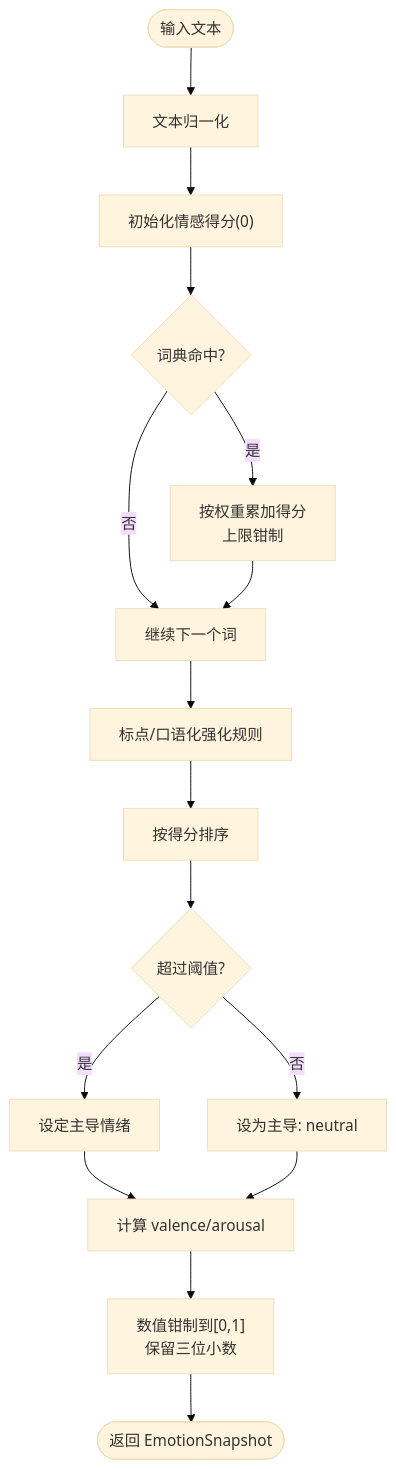
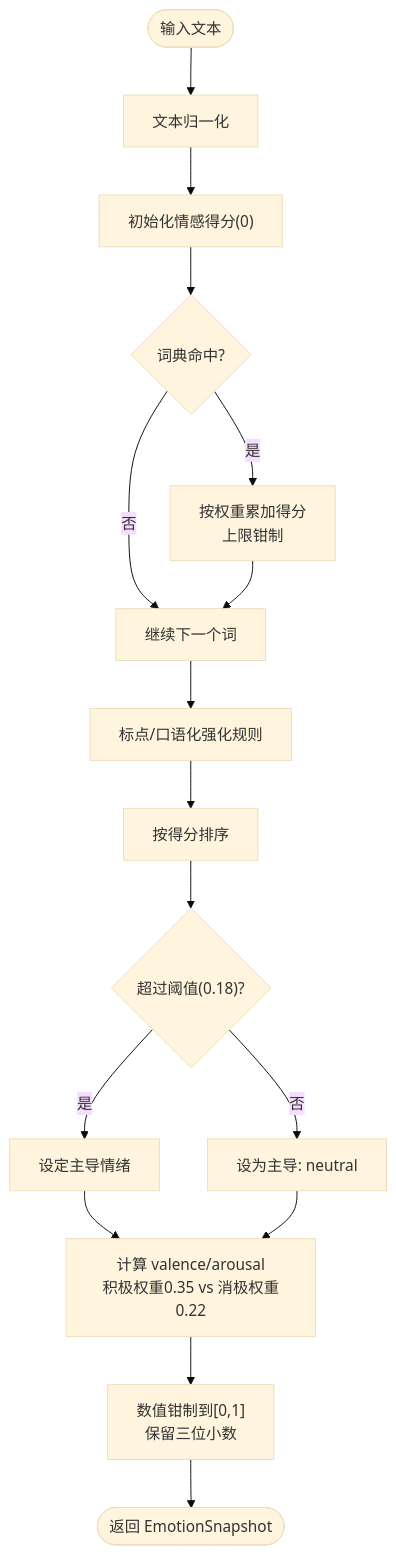
One commit to L1mingyoung/ex changed the third of 6 diagrams in .qoder/repowiki/zh/content/AI服务集成/情感分析服务.md. Above: the diagram before and after it, drawn with Mermaid (base theme). The commit also changed other lines of this file and 9 other files, not shown here.

````diff
--- a/.qoder/repowiki/zh/content/AI服务集成/情感分析服务.md
+++ b/.qoder/repowiki/zh/content/AI服务集成/情感分析服务.md
@@ -127,18 +150,18 @@
 ```mermaid
 flowchart TD
 Start(["输入文本"]) --> Norm["文本归一化"]
 Norm --> Init["初始化情感得分(0)"]
 Init --> LexMatch{"词典命中?"}
 LexMatch --> |是| Acc["按权重累加得分<br/>上限钳制"]
 LexMatch --> |否| Next["继续下一个词"]
 Acc --> Next
 Next --> Punc["标点/口语化强化规则"]
 Punc --> Sort["按得分排序"]
-Sort --> Dominant{"超过阈值?"}
+Sort --> Dominant{"超过阈值(0.18)?"}
 Dominant --> |是| SetDom["设定主导情绪"]
 Dominant --> |否| SetNeu["设为主导: neutral"]
-SetDom --> ValAro["计算 valence/arousal"]
+SetDom --> ValAro["计算 valence/arousal<br/>积极权重0.35 vs 消极权重0.22"]
 SetNeu --> ValAro
 ValAro --> Clamp["数值钳制到[0,1]<br/>保留三位小数"]
 Clamp --> Out(["返回 EmotionSnapshot"])
 ```
````
